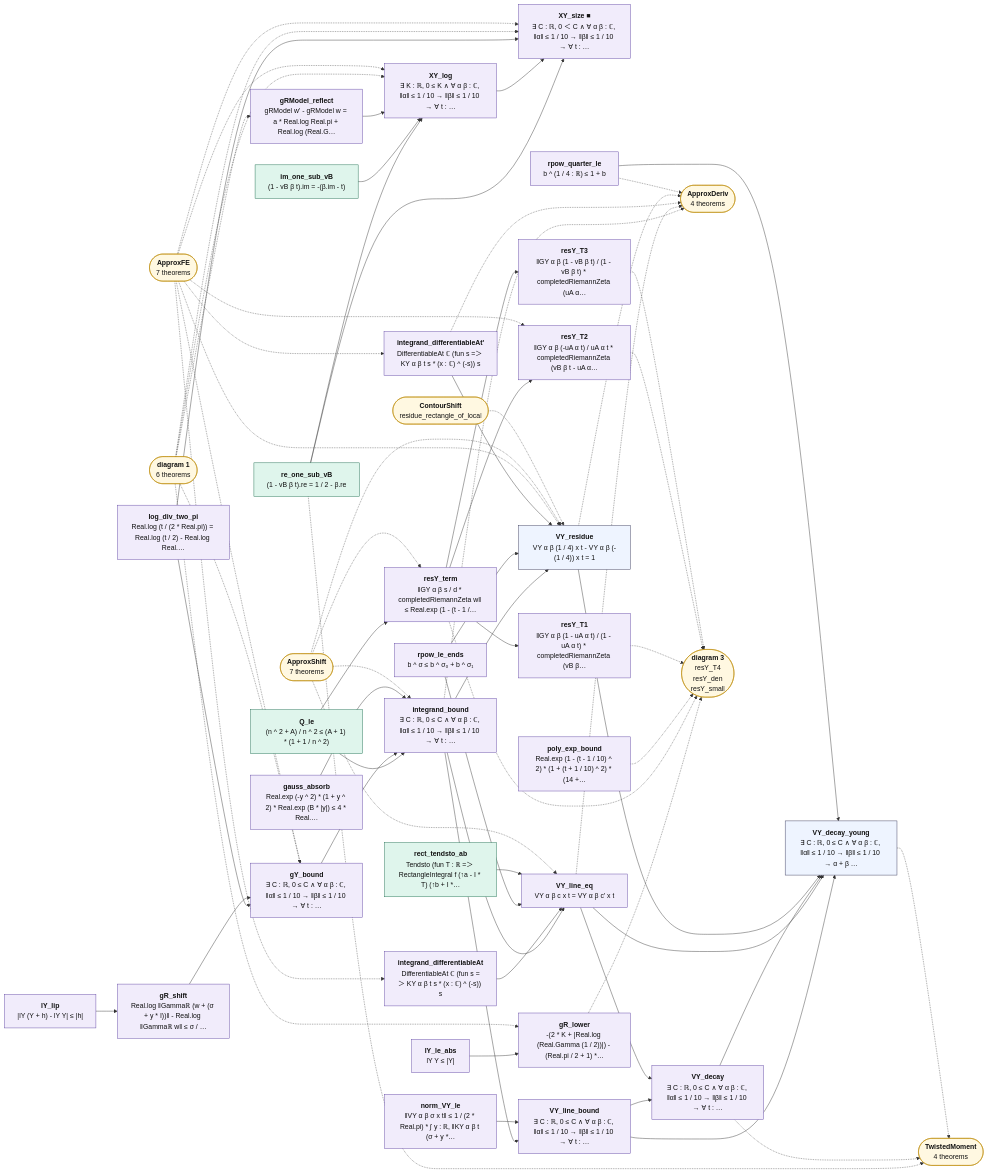
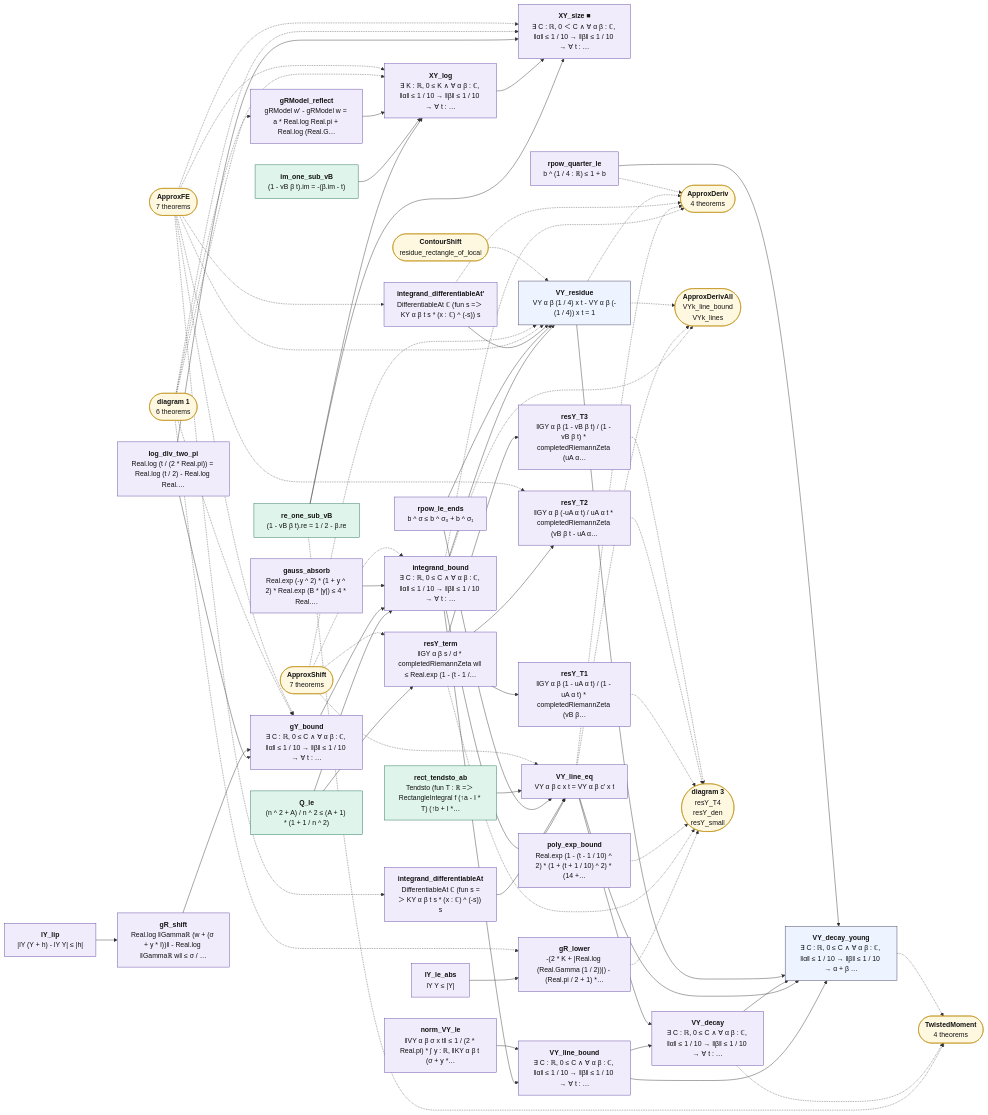
One commit to juliansambranojr/Primebeat_081426 changed the diagram in map/lean_stage3/ApproxBounds.2.mmd. Above: the diagram before and after it, drawn with Mermaid. The commit also changed 25 other files, not shown here.

```diff
--- a/map/lean_stage3/ApproxBounds.2.mmd
+++ b/map/lean_stage3/ApproxBounds.2.mmd
@@ -1,110 +1,114 @@
 flowchart LR
   n0["<b>re_one_sub_vB</b><br/>(1 - vB β t).re = 1 / 2 - β.re"]:::cnt
   n1["<b>im_one_sub_vB</b><br/>(1 - vB β t).im = -(β.im - t)"]:::cnt
   n2["<b>gRModel_reflect</b><br/>gRModel w' - gRModel w = a * Real.log Real.pi + Real.log (Real.G…"]:::shp
   n3["<b>XY_log</b><br/>∃ K : ℝ, 0 ≤ K ∧ ∀ α β : ℂ, ‖α‖ ≤ 1 / 10 → ‖β‖ ≤ 1 / 10 → ∀ t : …"]:::shp
   n4["<b>log_div_two_pi</b><br/>Real.log (t / (2 * Real.pi)) = Real.log (t / 2) - Real.log Real.…"]:::shp
   n5["<b>XY_size ■</b><br/>∃ C : ℝ, 0 ＜ C ∧ ∀ α β : ℂ, ‖α‖ ≤ 1 / 10 → ‖β‖ ≤ 1 / 10 → ∀ t : …"]:::shp
   n6["<b>lY_lip</b><br/>|lY (Y + h) - lY Y| ≤ |h|"]:::shp
   n7["<b>gR_shift</b><br/>Real.log ‖Gammaℝ (w + (σ + y * I))‖ - Real.log ‖Gammaℝ w‖ ≤ σ / …"]:::shp
   n8["<b>gY_bound</b><br/>∃ C : ℝ, 0 ≤ C ∧ ∀ α β : ℂ, ‖α‖ ≤ 1 / 10 → ‖β‖ ≤ 1 / 10 → ∀ t : …"]:::shp
   n9["<b>gauss_absorb</b><br/>Real.exp (-y ^ 2) * (1 + y ^ 2) * Real.exp (B * |y|) ≤ 4 * Real.…"]:::shp
   n10["<b>Q_le</b><br/>(n ^ 2 + A) / n ^ 2 ≤ (A + 1) * (1 + 1 / n ^ 2)"]:::cnt
   n11["<b>integrand_bound</b><br/>∃ C : ℝ, 0 ≤ C ∧ ∀ α β : ℂ, ‖α‖ ≤ 1 / 10 → ‖β‖ ≤ 1 / 10 → ∀ t : …"]:::shp
   n12["<b>norm_VY_le</b><br/>‖VY α β σ x t‖ ≤ 1 / (2 * Real.pi) * ∫ y : ℝ, ‖KY α β t (σ + y *…"]:::shp
   n13["<b>VY_line_bound</b><br/>∃ C : ℝ, 0 ≤ C ∧ ∀ α β : ℂ, ‖α‖ ≤ 1 / 10 → ‖β‖ ≤ 1 / 10 → ∀ t : …"]:::shp
   n14["<b>integrand_differentiableAt</b><br/>DifferentiableAt ℂ (fun s =＞ KY α β t s * (x : ℂ) ^ (-s)) s"]:::shp
   n15["<b>rpow_le_ends</b><br/>b ^ σ ≤ b ^ σ₀ + b ^ σ₁"]:::shp
   n16["<b>rect_tendsto_ab</b><br/>Tendsto (fun T : ℝ =＞ RectangleIntegral f (↑a - I * T) (↑b + I *…"]:::cnt
   n17["<b>VY_line_eq</b><br/>VY α β c x t = VY α β c' x t"]:::shp
   n18["<b>VY_decay</b><br/>∃ C : ℝ, 0 ≤ C ∧ ∀ α β : ℂ, ‖α‖ ≤ 1 / 10 → ‖β‖ ≤ 1 / 10 → ∀ t : …"]:::shp
   n19["<b>integrand_differentiableAt'</b><br/>DifferentiableAt ℂ (fun s =＞ KY α β t s * (x : ℂ) ^ (-s)) s"]:::shp
   n20["<b>VY_residue</b><br/>VY α β (1 / 4) x t - VY α β (-(1 / 4)) x t = 1"]:::thm
   n21["<b>rpow_quarter_le</b><br/>b ^ (1 / 4 : ℝ) ≤ 1 + b"]:::shp
   n22["<b>VY_decay_young</b><br/>∃ C : ℝ, 0 ≤ C ∧ ∀ α β : ℂ, ‖α‖ ≤ 1 / 10 → ‖β‖ ≤ 1 / 10 → α + β …"]:::thm
   n23["<b>lY_le_abs</b><br/>lY Y ≤ |Y|"]:::shp
   n24["<b>gR_lower</b><br/>-(2 * K + |Real.log (Real.Gamma (1 / 2))|) - (Real.pi / 2 + 1) *…"]:::shp
   n25["<b>resY_term</b><br/>‖GY α β s / d * completedRiemannZeta w‖ ≤ Real.exp (1 - (t - 1 /…"]:::shp
   n26["<b>poly_exp_bound</b><br/>Real.exp (1 - (t - 1 / 10) ^ 2) * (1 + (t + 1 / 10) ^ 2) * (14 +…"]:::shp
   n27["<b>resY_T1</b><br/>‖GY α β (1 - uA α t) / (1 - uA α t) * completedRiemannZeta (vB β…"]:::shp
   n28["<b>resY_T2</b><br/>‖GY α β (-uA α t) / uA α t * completedRiemannZeta (vB β t - uA α…"]:::shp
   n29["<b>resY_T3</b><br/>‖GY α β (1 - vB β t) / (1 - vB β t) * completedRiemannZeta (uA α…"]:::shp
   x0(["<b>TwistedMoment</b><br/>4 theorems"]):::ext
   x1(["<b>diagram 1</b><br/>6 theorems"]):::ext
   x2(["<b>ApproxFE</b><br/>7 theorems"]):::ext
   x3(["<b>ApproxShift</b><br/>7 theorems"]):::ext
   x4(["<b>ApproxDeriv</b><br/>4 theorems"]):::ext
-  x5(["<b>ContourShift</b><br/>residue_rectangle_of_local"]):::ext
-  x6(["<b>diagram 3</b><br/>resY_T4<br/>resY_den<br/>resY_small"]):::ext
+  x5(["<b>ApproxDerivAll</b><br/>VYk_line_bound<br/>VYk_lines"]):::ext
+  x6(["<b>ContourShift</b><br/>residue_rectangle_of_local"]):::ext
+  x7(["<b>diagram 3</b><br/>resY_T4<br/>resY_den<br/>resY_small"]):::ext
   n0 --> n3
   n0 --> n5
   n1 --> n3
   n10 --> n11
   n10 --> n25
   n11 --> n13
   n11 --> n17
   n11 --> n20
   n12 --> n13
   n13 --> n18
   n13 --> n22
   n14 --> n17
   n15 --> n17
   n15 --> n20
   n16 --> n17
   n17 --> n18
   n17 --> n22
   n18 --> n22
   n19 --> n20
   n2 --> n3
   n20 --> n22
   n21 --> n22
   n23 --> n24
   n25 --> n27
   n25 --> n28
   n25 --> n29
   n3 --> n5
   n4 --> n5
   n4 --> n8
   n6 --> n7
   n7 --> n8
   n8 --> n11
   n9 --> n11
   n0 -.-> x0
   n11 -.-> x4
+  n11 -.-> x5
   n17 -.-> x4
+  n17 -.-> x5
   n18 -.-> x0
   n19 -.-> x4
   n20 -.-> x4
+  n20 -.-> x5
   n21 -.-> x4
   n22 -.-> x0
-  n24 -.-> x6
-  n25 -.-> x6
-  n26 -.-> x6
-  n27 -.-> x6
-  n28 -.-> x6
-  n29 -.-> x6
+  n24 -.-> x7
+  n25 -.-> x7
+  n26 -.-> x7
+  n27 -.-> x7
+  n28 -.-> x7
+  n29 -.-> x7
   x1 -.-> n2
   x1 -.-> n24
   x1 -.-> n3
   x1 -.-> n5
   x1 -.-> n8
   x2 -.-> n14
   x2 -.-> n19
   x2 -.-> n20
   x2 -.-> n28
   x2 -.-> n3
   x2 -.-> n5
   x2 -.-> n8
   x3 -.-> n11
   x3 -.-> n17
   x3 -.-> n20
   x3 -.-> n25
-  x5 -.-> n20
+  x6 -.-> n20
   classDef cnt fill:#dff5ec,stroke:#17694a,color:#111
   classDef shp fill:#f1ecfb,stroke:#5b3fa0,color:#111
   classDef rh fill:#ffe5e5,stroke:#c22,color:#111,stroke-width:2px
   classDef thm fill:#eef4ff,stroke:#335,color:#111
   classDef end_ fill:#e7f7e7,stroke:#2a7,color:#111,stroke-width:2px
   classDef lone fill:#fff,stroke:#999,color:#111,stroke-dasharray:4 3
   classDef bad fill:#ffe5e5,stroke:#c22,color:#111,stroke-width:2px
   classDef ext fill:#fff8e1,stroke:#b80,color:#111
```
